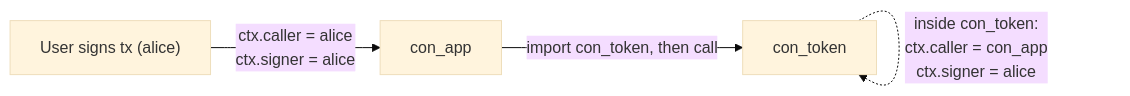
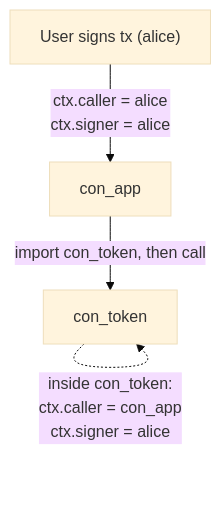
One commit to xian-technology/xian-docs-web changed the diagram in smart-contracts/imports/index.md. Above: the diagram before and after it, drawn with Mermaid (base theme). The commit also changed 28 other files, not shown here.

````diff
--- a/smart-contracts/imports/index.md
+++ b/smart-contracts/imports/index.md
@@ -20,10 +20,10 @@
 ```mermaid
-flowchart LR
+flowchart TD
   User["User signs tx (alice)"]
   A["con_app"]
   B["con_token"]
 
   User -->|"ctx.caller = alice<br>ctx.signer = alice"| A
   A -->|"import con_token, then call"| B
   B -.->|"inside con_token:<br>ctx.caller = con_app<br>ctx.signer = alice"| B
 ```
````
